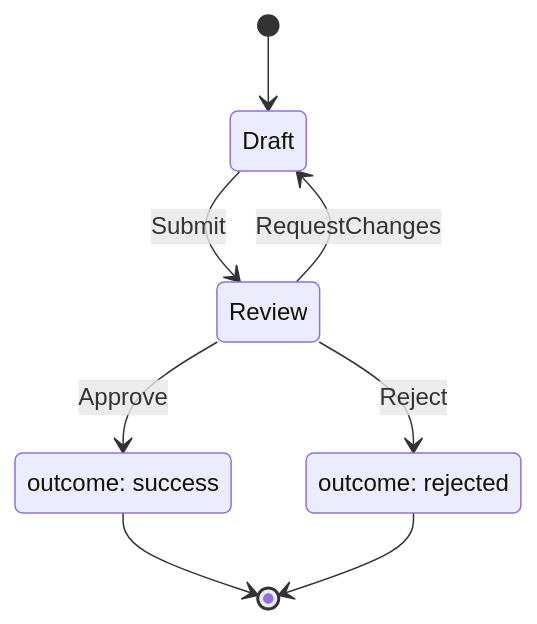
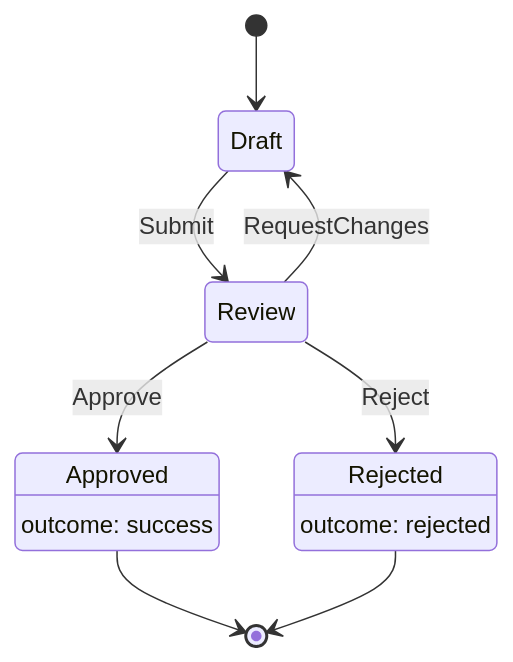
Before and after one commit to acasadom/harel: the first of 2 diagrams in docs/examples/minimal.md, drawn with Mermaid. The commit also changed 9 other files, not shown here.

````diff
--- a/docs/examples/minimal.md
+++ b/docs/examples/minimal.md
@@ -25,12 +25,14 @@
 ```{mermaid}
 stateDiagram-v2
 [*] --> Draft
+state "Approved" as Approved
 Approved : outcome#58; success
+state "Rejected" as Rejected
 Rejected : outcome#58; rejected
 Draft --> Review : Submit
 Review --> Approved : Approve
 Review --> Rejected : Reject
 Review --> Draft : RequestChanges
 Approved --> [*]
 Rejected --> [*]
 ```
````
